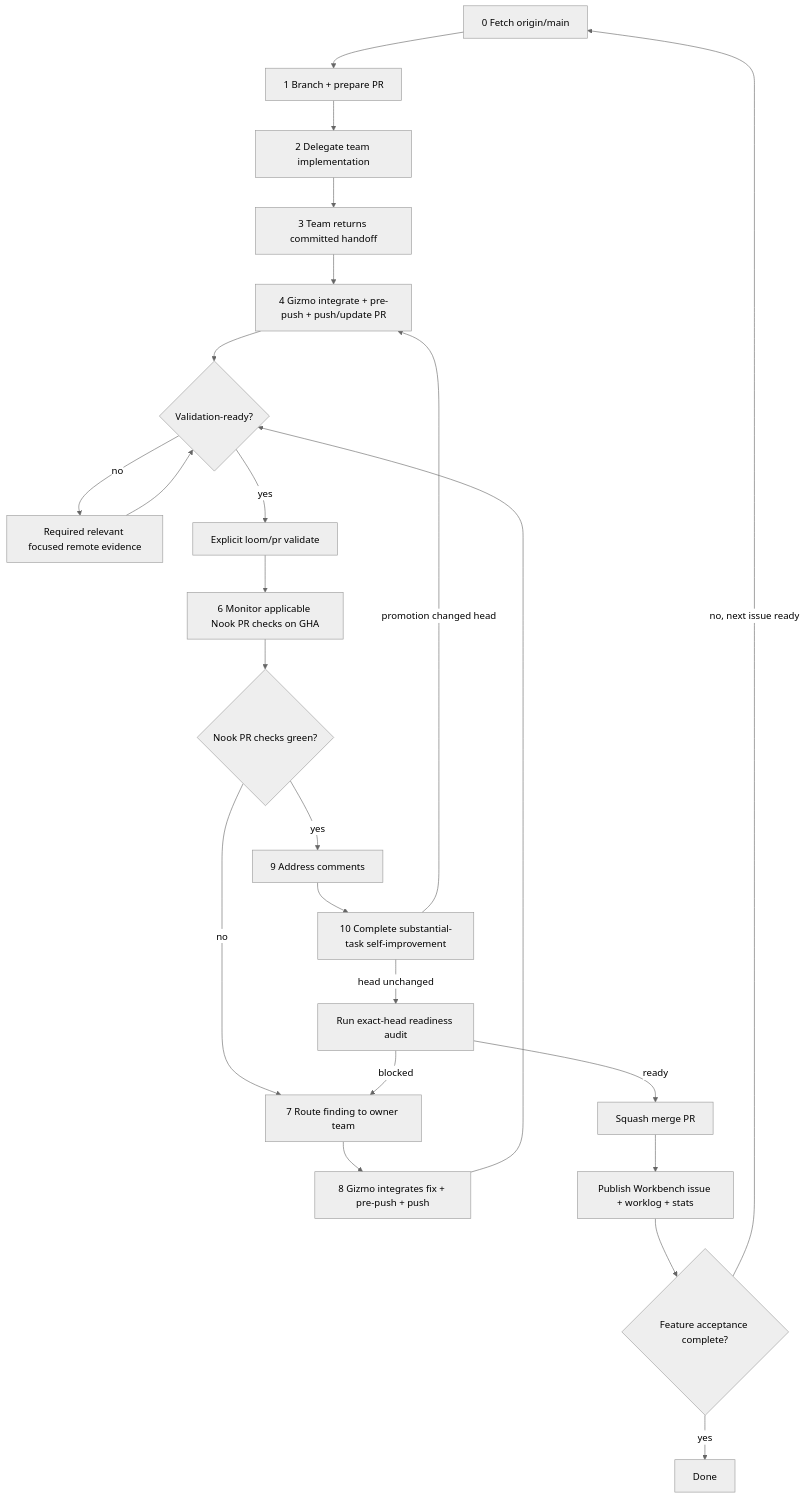
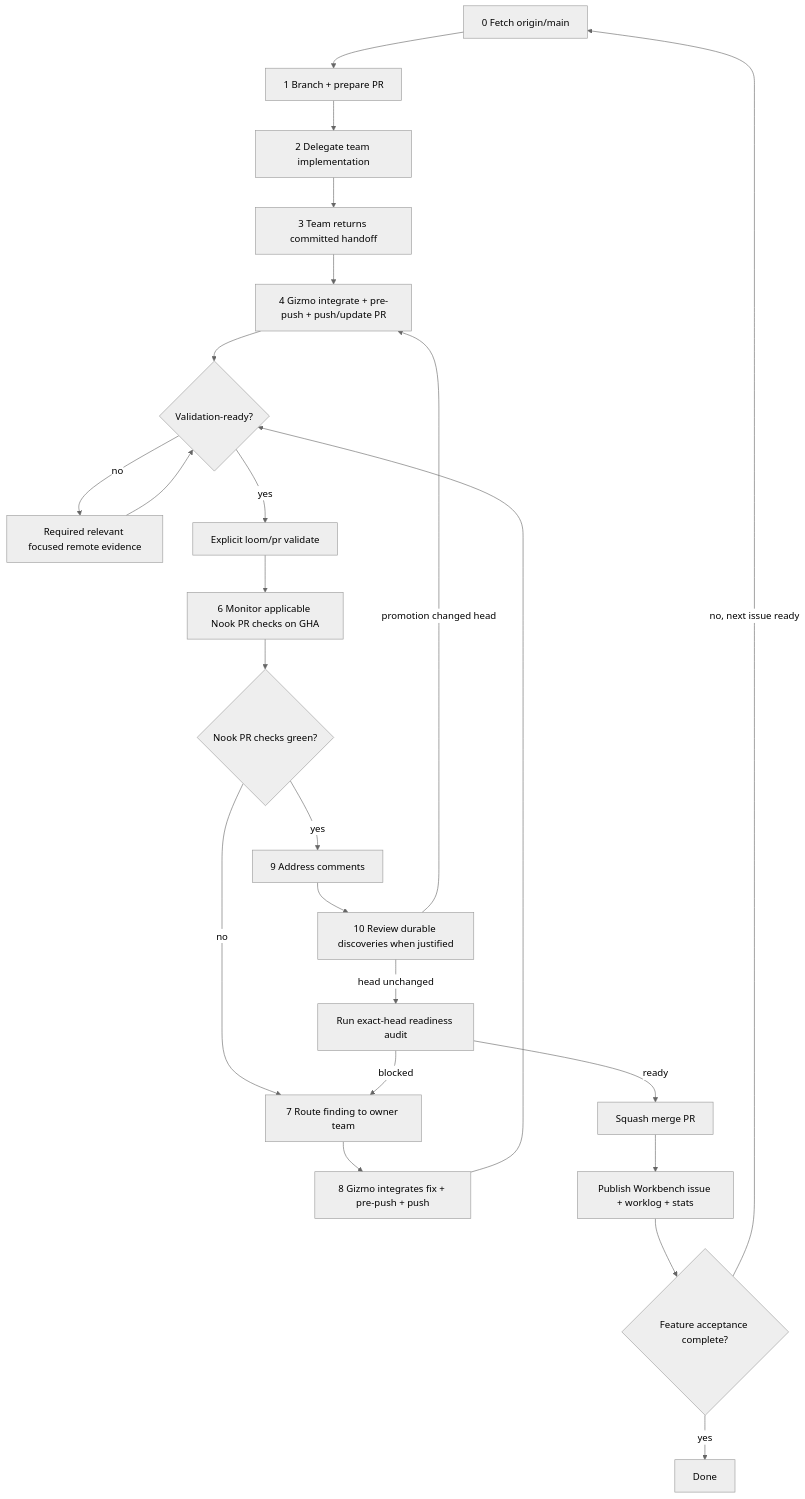
The diagram in .cortex/gizmo/workflows/pull-requests.md (meta-secret/nook), drawn with Mermaid (neutral theme) before and after one commit. The commit also changed other lines of this file and 17 other files, not shown here.

````diff
--- a/.cortex/gizmo/workflows/pull-requests.md
+++ b/.cortex/gizmo/workflows/pull-requests.md
@@ -336,26 +336,26 @@
 ```mermaid
 flowchart TD
   Z[0 Fetch origin/main] --> A[1 Branch + prepare PR]
   A --> I[2 Delegate team implementation]
   I --> CMT[3 Team returns committed handoff]
   CMT --> E[4 Gizmo integrate + pre-push + push/update PR]
   E --> D{Validation-ready?}
   D -->|no| X[Required relevant focused remote evidence]
   D -->|yes| V[Explicit loom/pr validate]
   X --> D
   V --> F[6 Monitor applicable Nook PR checks on GHA]
   F --> G{Nook PR checks green?}
   G -->|no| H[7 Route finding to owner team]
   H --> PUSH[8 Gizmo integrates fix + pre-push + push]
   PUSH --> D
   G -->|yes| C[9 Address comments]
-  C --> SI[10 Complete substantial-task self-improvement]
+  C --> SI[10 Review durable discoveries when justified]
   SI -->|promotion changed head| E
   SI -->|head unchanged| R[Run exact-head readiness audit]
   R -->|blocked| H
   R -->|ready| M[Squash merge PR]
   M --> S[Publish Workbench issue + worklog + stats]
   S --> J{Feature acceptance complete?}
   J -->|no, next issue ready| Z
   J -->|yes| K[Done]
 ```
````
